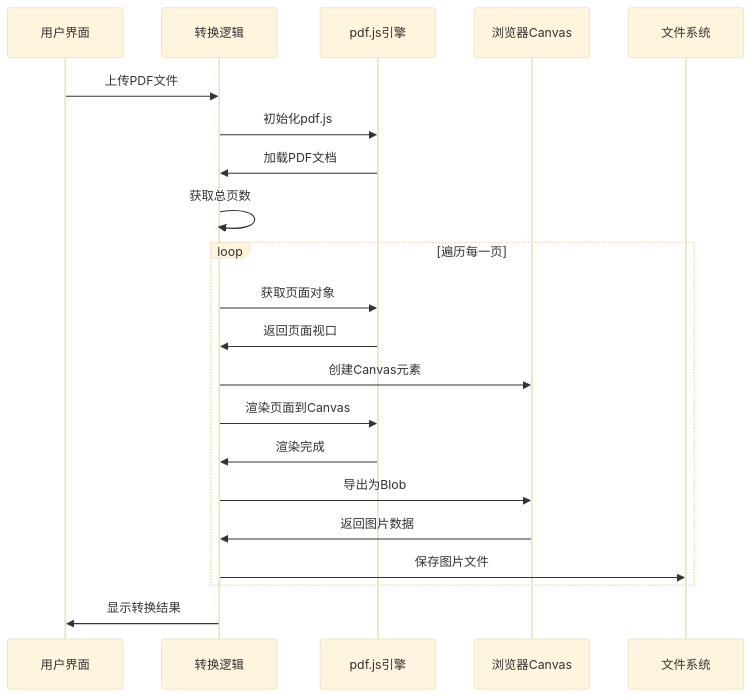
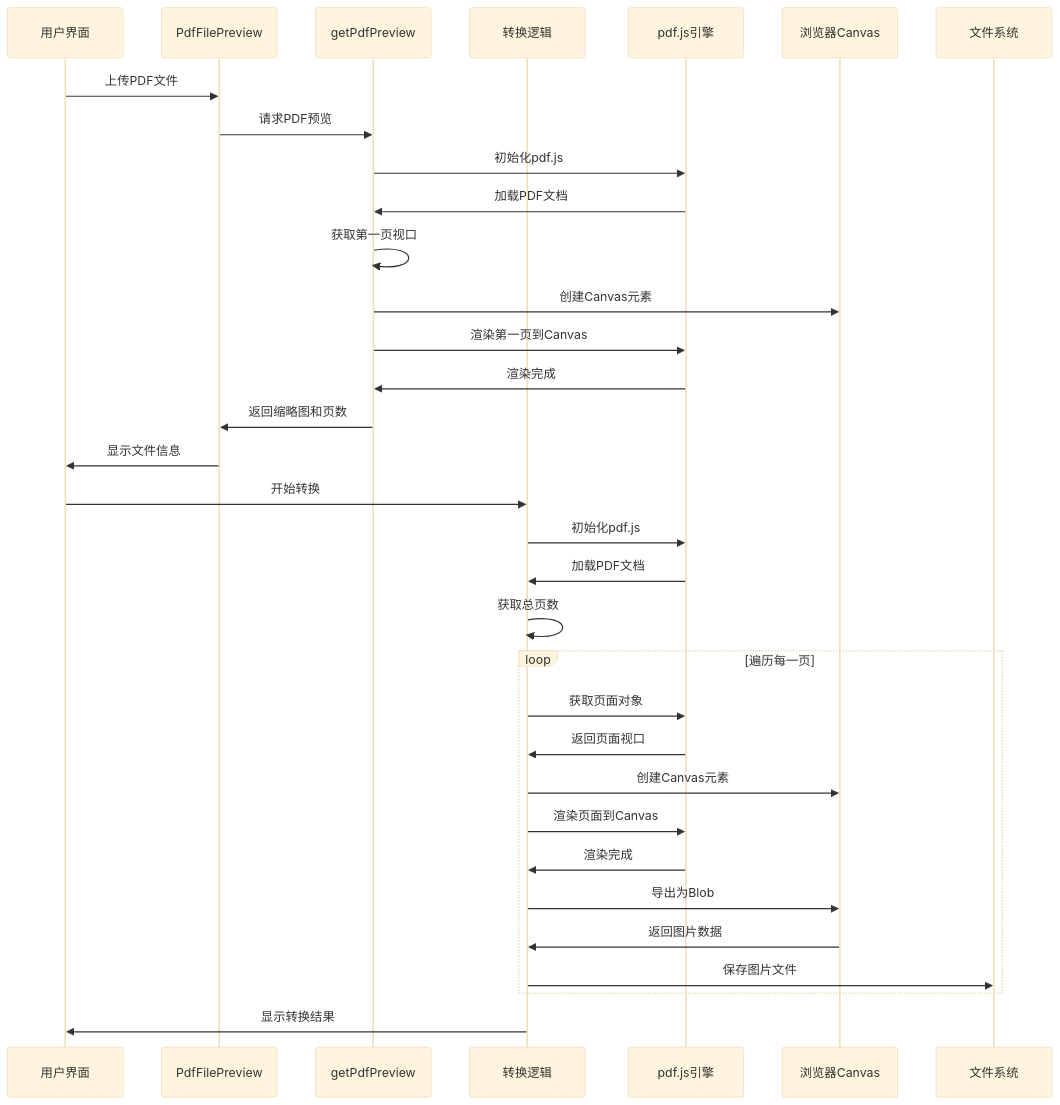
Before and after one commit to sgyy/privadeck: the second of 6 diagrams in .qoder/repowiki/zh/content/PDF工具/PDF转图片工具.md, drawn with Mermaid (base theme). The commit also changed other lines of this file and 27 other files, not shown here.

````diff
--- a/.qoder/repowiki/zh/content/PDF工具/PDF转图片工具.md
+++ b/.qoder/repowiki/zh/content/PDF工具/PDF转图片工具.md
@@ -113,23 +162,35 @@
 ```mermaid
 sequenceDiagram
 participant U as 用户界面
+participant PF as PdfFilePreview
+participant GP as getPdfPreview
 participant L as 转换逻辑
 participant P as pdf.js引擎
 participant C as 浏览器Canvas
 participant F as 文件系统
-U->>L : 上传PDF文件
+U->>PF : 上传PDF文件
+PF->>GP : 请求PDF预览
+GP->>P : 初始化pdf.js
+P->>GP : 加载PDF文档
+GP->>GP : 获取第一页视口
+GP->>C : 创建Canvas元素
+GP->>P : 渲染第一页到Canvas
+P->>GP : 渲染完成
+GP->>PF : 返回缩略图和页数
+PF->>U : 显示文件信息
+U->>L : 开始转换
 L->>P : 初始化pdf.js
 P->>L : 加载PDF文档
 L->>L : 获取总页数
 loop 遍历每一页
 L->>P : 获取页面对象
 P->>L : 返回页面视口
 L->>C : 创建Canvas元素
 L->>P : 渲染页面到Canvas
 P->>L : 渲染完成
 L->>C : 导出为Blob
 C->>L : 返回图片数据
 L->>F : 保存图片文件
 end
 L->>U : 显示转换结果
 ```
````
